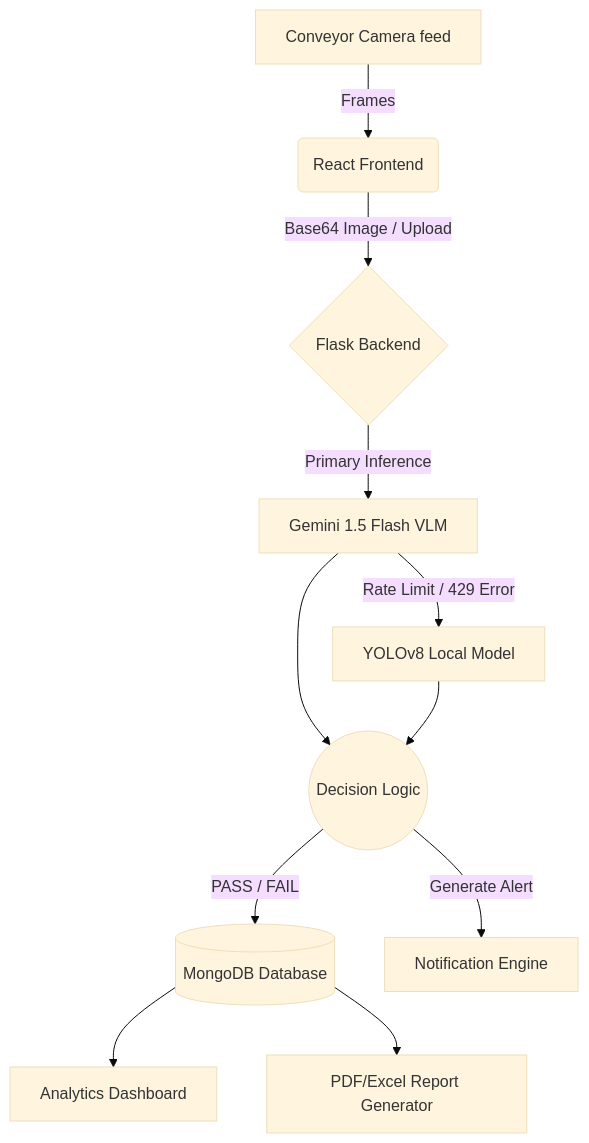
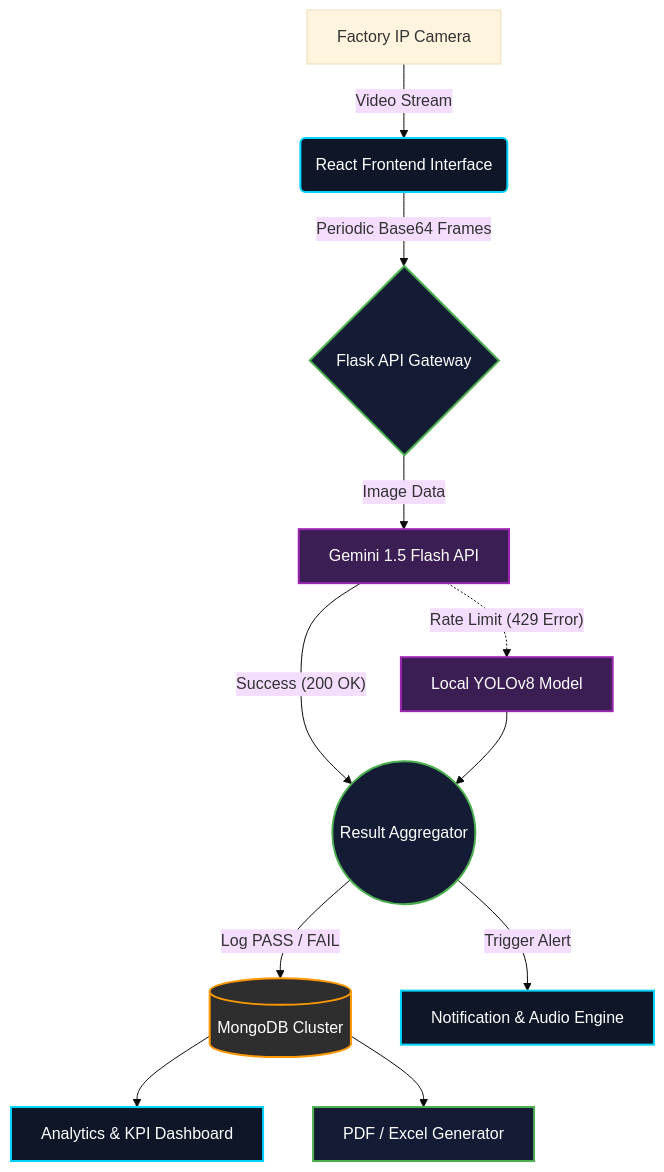
One commit to Nitya-Patle/QUALITRON-AI changed the diagram in README.md. Above: the diagram before and after it, drawn with Mermaid (base theme). The commit also changed other lines of this file, not shown here.

Commit message:
docs: overhaul README to be highly attractive with live render links and detailed architecture

````diff
--- a/README.md
+++ b/README.md
@@ -31,17 +67,22 @@
 ```mermaid
 graph TD
-    A[Conveyor Camera feed] -->|Frames| B(React Frontend)
-    B -->|Base64 Image / Upload| C{Flask Backend}
+    %% Define styles
+    classDef frontend fill:#0f1628,stroke:#00D4FF,stroke-width:2px,color:#fff;
+    classDef backend fill:#141c35,stroke:#4CAF50,stroke-width:2px,color:#fff;
+    classDef database fill:#2E2E2E,stroke:#FF9800,stroke-width:2px,color:#fff;
+    classDef ai fill:#3b1e54,stroke:#9C27B0,stroke-width:2px,color:#fff;
+
+    A[Factory IP Camera] -->|Video Stream| B(React Frontend Interface):::frontend
+    B -->|Periodic Base64 Frames| C{Flask API Gateway}:::backend
     
-    C -->|Primary Inference| D[Gemini 1.5 Flash VLM]
-    D -- Rate Limit / 429 Error --> E[YOLOv8 Local Model]
-    
-    D --> F((Decision Logic))
+    C -->|Image Data| D[Gemini 1.5 Flash API]:::ai
+    D -- "Success (200 OK)" --> F((Result Aggregator)):::backend
+    D -. "Rate Limit (429 Error)" .-> E[Local YOLOv8 Model]:::ai
     E --> F
     
-    F -->|PASS / FAIL| G[(MongoDB Database)]
-    F -->|Generate Alert| H[Notification Engine]
+    F -->|Log PASS / FAIL| G[(MongoDB Cluster)]:::database
+    F -->|Trigger Alert| H[Notification & Audio Engine]:::frontend
     
-    G --> I[Analytics Dashboard]
-    G --> J[PDF/Excel Report Generator]
+    G --> I[Analytics & KPI Dashboard]:::frontend
+    G --> J[PDF / Excel Generator]:::backend
 ```
````
